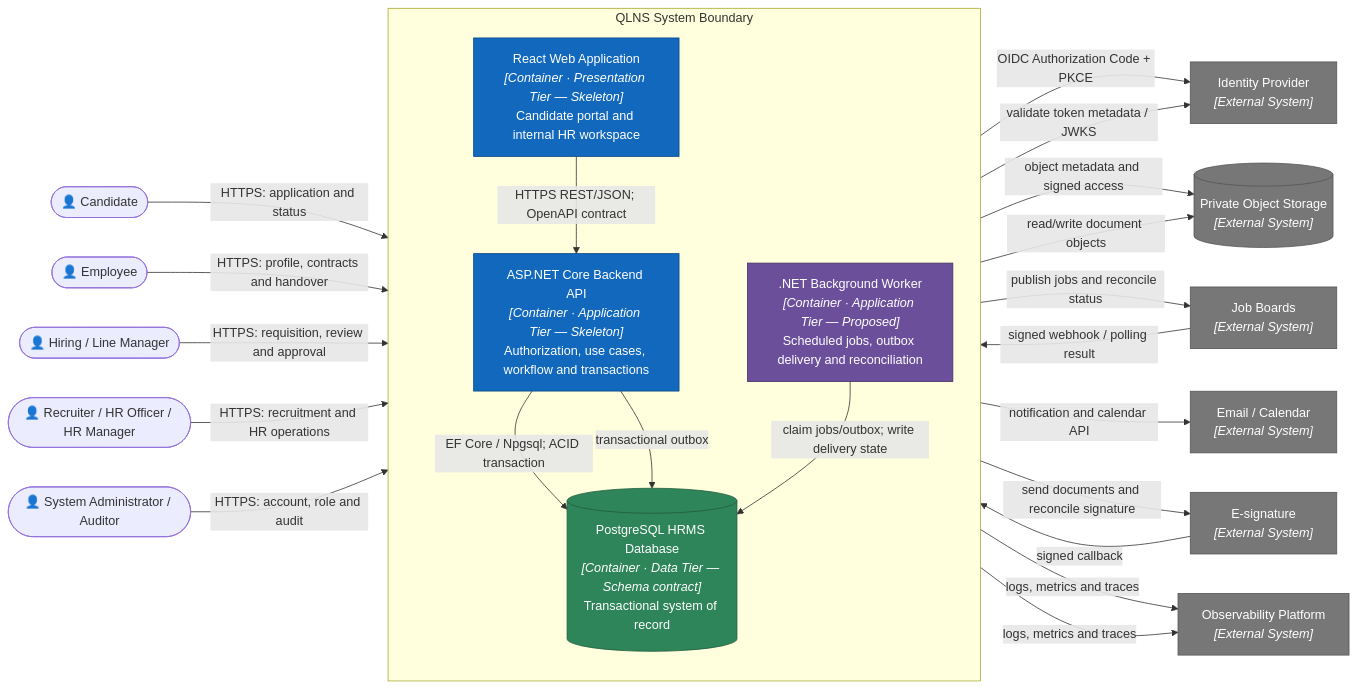
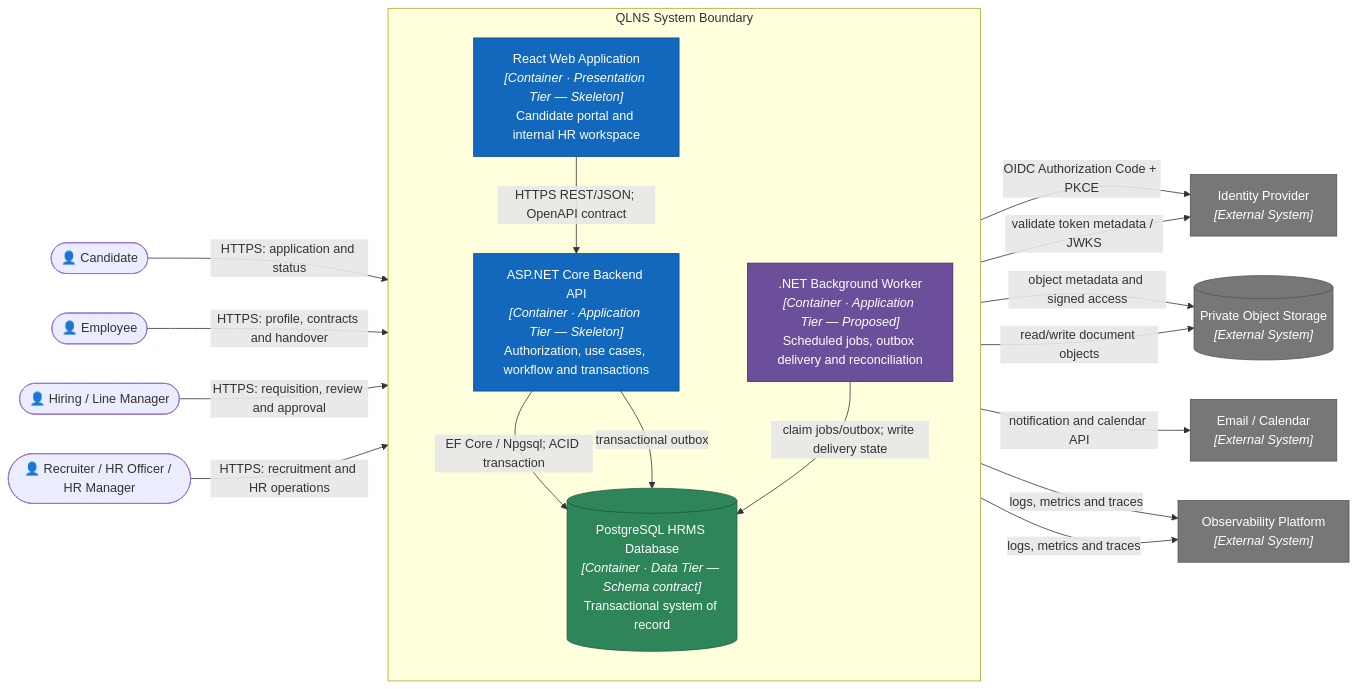
Before and after one commit to nvdat16/QLNS: the third of 12 diagrams in docs/architecture.md, drawn with Mermaid. The commit also changed other lines of this file and 15 other files, not shown here.

````diff
--- a/docs/architecture.md
+++ b/docs/architecture.md
@@ -159,55 +153,47 @@
 ```mermaid
 flowchart LR
     candidate(["👤 Candidate"])
     employee(["👤 Employee"])
     manager(["👤 Hiring / Line Manager"])
     hr(["👤 Recruiter / HR Officer / HR Manager"])
-    admin(["👤 System Administrator / Auditor"])
 
     subgraph system["QLNS System Boundary"]
         direction TB
         web["React Web Application<br/><i>[Container · Presentation Tier — Skeleton]</i><br/>Candidate portal and internal HR workspace"]
         api["ASP.NET Core Backend API<br/><i>[Container · Application Tier — Skeleton]</i><br/>Authorization, use cases, workflow and transactions"]
         worker[".NET Background Worker<br/><i>[Container · Application Tier — Proposed]</i><br/>Scheduled jobs, outbox delivery and reconciliation"]
         db[("PostgreSQL HRMS Database<br/><i>[Container · Data Tier — Schema contract]</i><br/>Transactional system of record")]
     end
 
     idp["Identity Provider<br/><i>[External System]</i>"]
-    jobboards["Job Boards<br/><i>[External System]</i>"]
     comms["Email / Calendar<br/><i>[External System]</i>"]
-    esign["E-signature<br/><i>[External System]</i>"]
     objects[("Private Object Storage<br/><i>[External System]</i>")]
     observe["Observability Platform<br/><i>[External System]</i>"]
 
     candidate -->|"HTTPS: application and status"| web
     employee -->|"HTTPS: profile, contracts and handover"| web
     manager -->|"HTTPS: requisition, review and approval"| web
     hr -->|"HTTPS: recruitment and HR operations"| web
-    admin -->|"HTTPS: account, role and audit"| web
 
     web -->|"HTTPS REST/JSON; OpenAPI contract"| api
     web -->|"OIDC Authorization Code + PKCE"| idp
     api -->|"validate token metadata / JWKS"| idp
     api -->|"EF Core / Npgsql; ACID transaction"| db
     api -->|"object metadata and signed access"| objects
     api -->|"transactional outbox"| db
-    jobboards -->|"signed webhook / polling result"| api
-    esign -->|"signed callback"| api
 
     worker -->|"claim jobs/outbox; write delivery state"| db
-    worker -->|"publish jobs and reconcile status"| jobboards
     worker -->|"notification and calendar API"| comms
-    worker -->|"send documents and reconcile signature"| esign
     worker -->|"read/write document objects"| objects
     api -->|"logs, metrics and traces"| observe
     worker -->|"logs, metrics and traces"| observe
 
     classDef partial fill:#1168bd,color:#fff,stroke:#0b4884
     classDef proposed fill:#6b4f9b,color:#fff,stroke:#463267
     classDef contract fill:#2f855a,color:#fff,stroke:#1f5b3d
     classDef external fill:#777,color:#fff,stroke:#555
     class web,api partial
     class worker proposed
     class db contract
-    class idp,jobboards,comms,esign,objects,observe external
+    class idp,comms,objects,observe external
 ```
````
